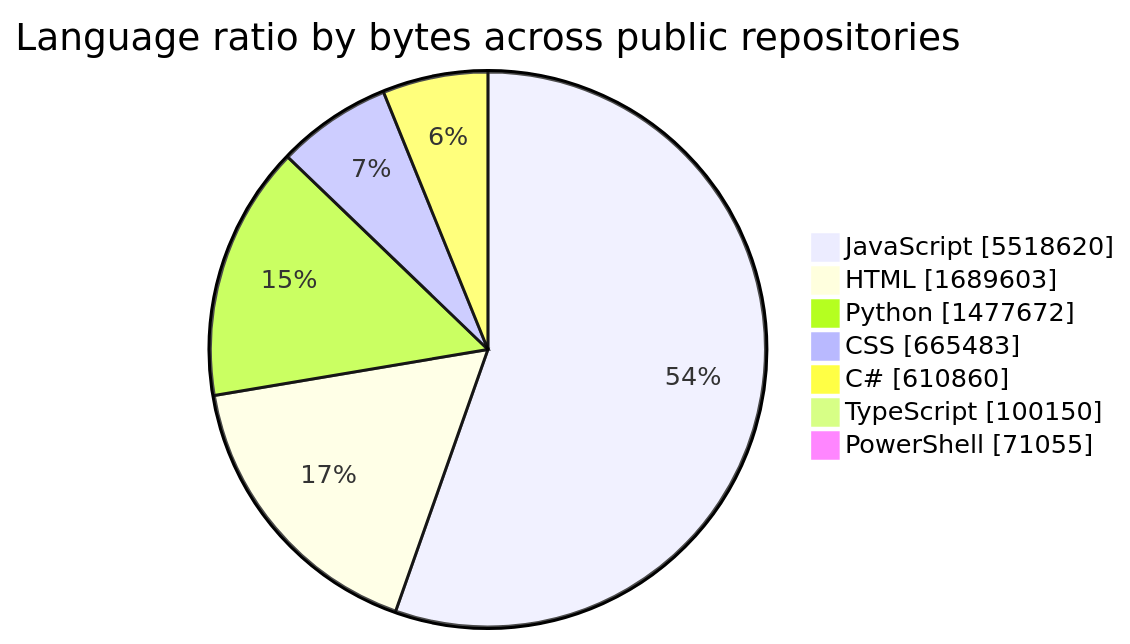
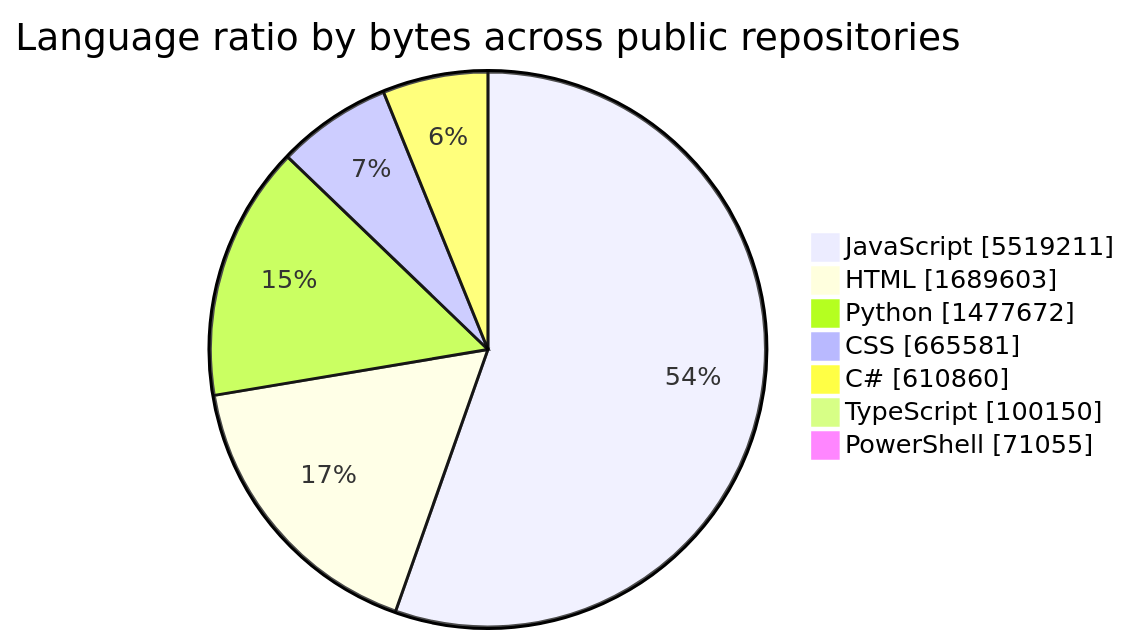
One commit to tchinso/tchinso changed the first of 2 diagrams in README.md. Above: the diagram before and after it, drawn with Mermaid. The commit also changed other lines of this file, not shown here.

````diff
--- a/README.md
+++ b/README.md
@@ -24,11 +24,11 @@
 ```mermaid
 pie showData
     title Language ratio by bytes across public repositories
-    "JavaScript" : 5518620
+    "JavaScript" : 5519211
     "HTML" : 1689603
     "Python" : 1477672
-    "CSS" : 665483
+    "CSS" : 665581
     "C#" : 610860
     "TypeScript" : 100150
     "PowerShell" : 71055
 ```
````
